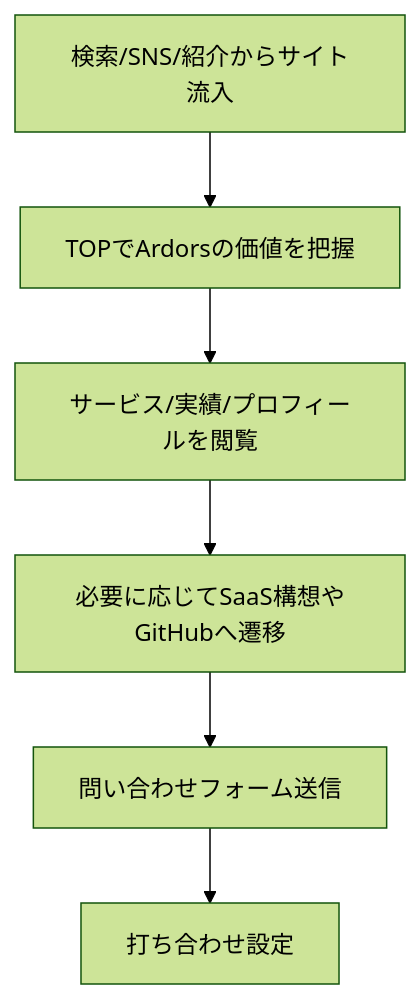
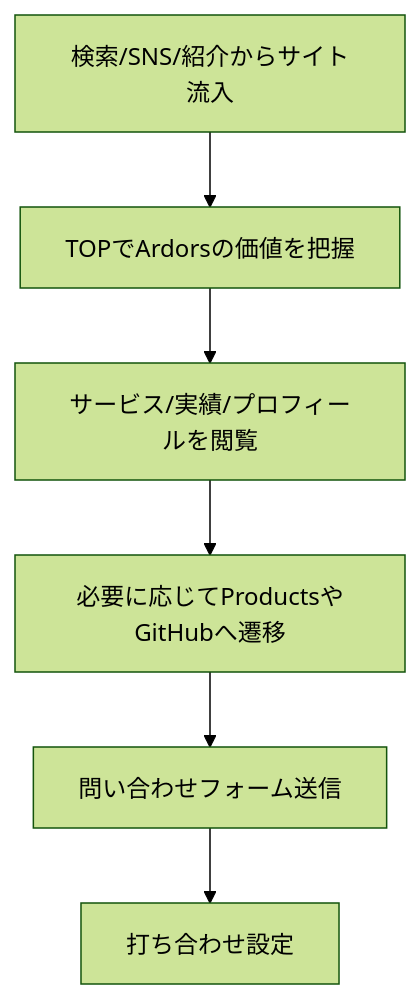
One commit to YU-Kawasaki-05/Ardors-website changed the second of 2 diagrams in docs/01_要件定義/01_業務理解_business-understanding.md. Above: the diagram before and after it, drawn with Mermaid (forest theme). The commit also changed other lines of this file and 32 other files, not shown here.

````diff
--- a/docs/01_要件定義/01_業務理解_business-understanding.md
+++ b/docs/01_要件定義/01_業務理解_business-understanding.md
@@ -65,8 +79,8 @@
 ```mermaid
 flowchart TD
     A[検索/SNS/紹介からサイト流入] --> B[TOPでArdorsの価値を把握]
     B --> C[サービス/実績/プロフィールを閲覧]
-    C --> D[必要に応じてSaaS構想やGitHubへ遷移]
+    C --> D[必要に応じてProductsやGitHubへ遷移]
     D --> E[問い合わせフォーム送信]
     E --> F[打ち合わせ設定]
 ```
````
